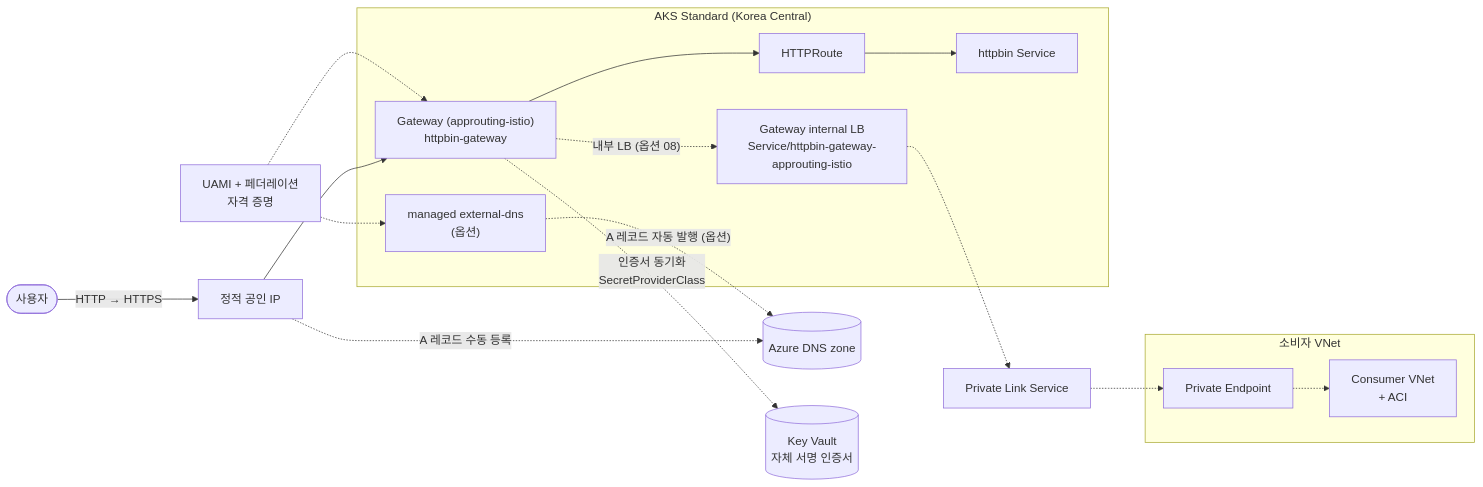
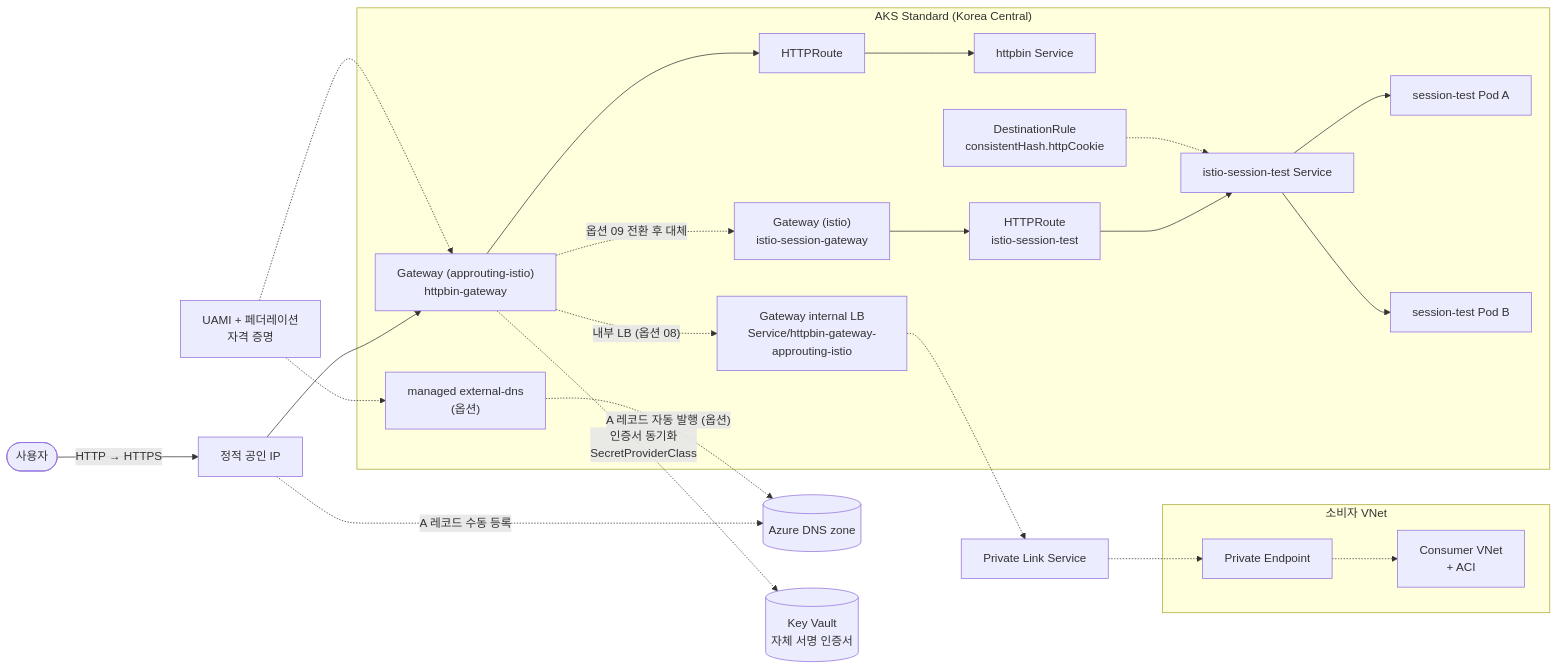
One commit to freeman9844/ms-aks-approuting-workshop01 changed the diagram in README.md. Above: the diagram before and after it, drawn with Mermaid. The commit also changed other lines of this file and 6 other files, not shown here.

````diff
--- a/README.md
+++ b/README.md
@@ -12,21 +12,26 @@
 ```mermaid
 flowchart LR
   user([사용자]) -->|"HTTP → HTTPS"| pip["정적 공인 IP"] --> gw["Gateway (approuting-istio)<br/>httpbin-gateway"]
   gw --> route[HTTPRoute] --> svc[httpbin Service]
+  gw -.->|"옵션 09 전환 후 대체"| istioGw["Gateway (istio)<br/>istio-session-gateway"]
+  istioGw --> istioRoute["HTTPRoute<br/>istio-session-test"] --> istioSvc[istio-session-test Service]
+  istioSvc --> sessionPodA["session-test Pod A"]
+  istioSvc --> sessionPodB["session-test Pod B"]
+  dr["DestinationRule<br/>consistentHash.httpCookie"] -.-> istioSvc
   gw -.->|"내부 LB (옵션 08)"| ilb["Gateway internal LB<br/>Service/httpbin-gateway-approuting-istio"]
   subgraph aks ["AKS Standard (Korea Central)"]
-    gw; route; svc; ilb
+    gw; route; svc; ilb; istioGw; istioRoute; istioSvc; sessionPodA; sessionPodB; dr
     edns["managed external-dns<br/>(옵션)"]
   end
   ilb -.-> pls["Private Link Service"]
   pls -.-> pe["Private Endpoint"]
   pe -.-> aci["Consumer VNet<br/>+ ACI"]
   subgraph consumer ["소비자 VNet"]
     pe; aci
   end
   edns -.->|"A 레코드 자동 발행 (옵션)"| zone[(Azure DNS zone)]
   pip -.->|A 레코드 수동 등록| zone
   gw -.->|인증서 동기화<br/>SecretProviderClass| kv[(Key Vault<br/>자체 서명 인증서)]
   uami[UAMI + 페더레이션<br/>자격 증명] -.-> edns
   uami -.-> gw
 ```
````
